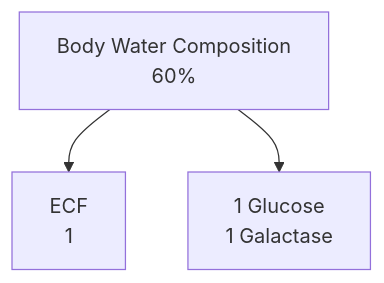
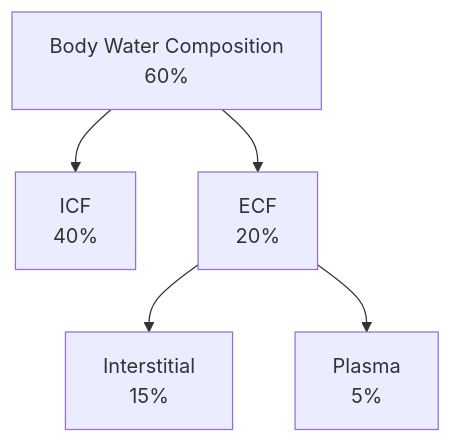
One commit to catskin0106/BiomedStuff changed the diagram in Y3S2 SBMS2108 Human Functions and Diseases II/Lecture 2.2 (Renal System) - Regulation of Water & Solute Balance.md. Above: the diagram before and after it, drawn with Mermaid. The commit also changed other lines of this file, not shown here.

````diff
--- a/Y3S2 SBMS2108 Human Functions and Diseases II/Lecture 2.2 (Renal System) - Regulation of Water & Solute Balance.md
+++ b/Y3S2 SBMS2108 Human Functions and Diseases II/Lecture 2.2 (Renal System) - Regulation of Water & Solute Balance.md
@@ -8,9 +9,13 @@
 ```mermaid  
 graph TD;
 	A["Body Water Composition
 	60%"]
-	A --> B["ECF
-	1"];
-	A --> C["1 Glucose
-	1 Galactase"];
+	A --> B["ICF
+	40%"];
+	A --> C["ECF
+	20%"];
+	C --> D["Interstitial
+	15%"];
+	C --> E["Plasma
+	5%"]
 ```
````
